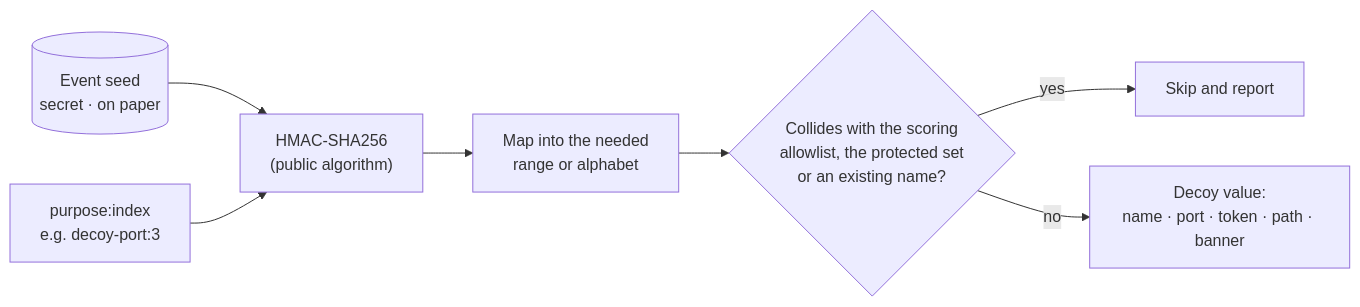
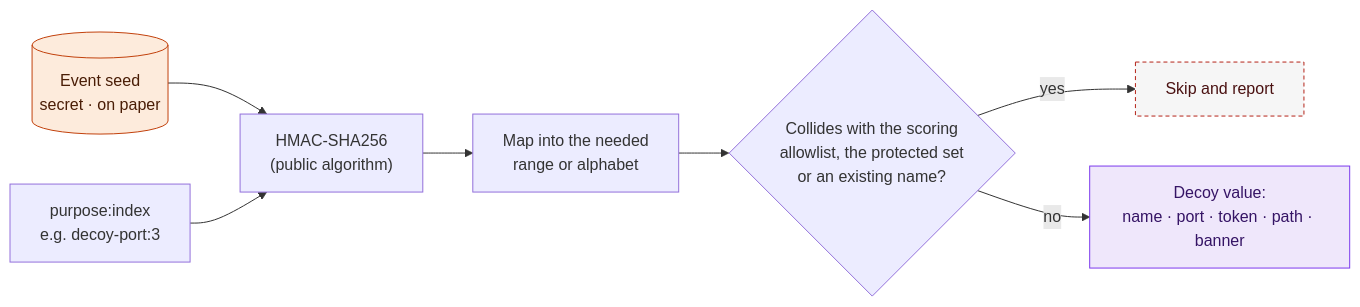
Before and after one commit to dotnetdork/Labyrinth: the diagram in docs/design/03-Event-Seed-and-Deception-Config.md, drawn with Mermaid. The commit also changed other lines of this file and 12 other files, not shown here.

````diff
--- a/docs/design/03-Event-Seed-and-Deception-Config.md
+++ b/docs/design/03-Event-Seed-and-Deception-Config.md
@@ -33,9 +33,15 @@
 ```mermaid
 flowchart LR
     SEED[("Event seed<br/>secret · on paper")] --> H["HMAC-SHA256<br/>(public algorithm)"]
     LBL["purpose:index<br/>e.g. decoy-port:3"] --> H
     H --> MAP["Map into the needed<br/>range or alphabet"]
     MAP --> CHK{"Collides with the scoring<br/>allowlist, the protected set<br/>or an existing name?"}
     CHK -->|yes| SKIP["Skip and report"]
     CHK -->|no| VAL["Decoy value:<br/>name · port · token · path · banner"]
+    classDef secret fill:#fdebdc,stroke:#c2410c,color:#4a1d06
+    classDef deceive fill:#efe7fb,stroke:#7c3aed,color:#351465
+    classDef stop fill:#f6f6f6,stroke:#b42318,color:#4a1111,stroke-dasharray:4 3
+    class SEED secret
+    class VAL deceive
+    class SKIP stop
 ```
````
